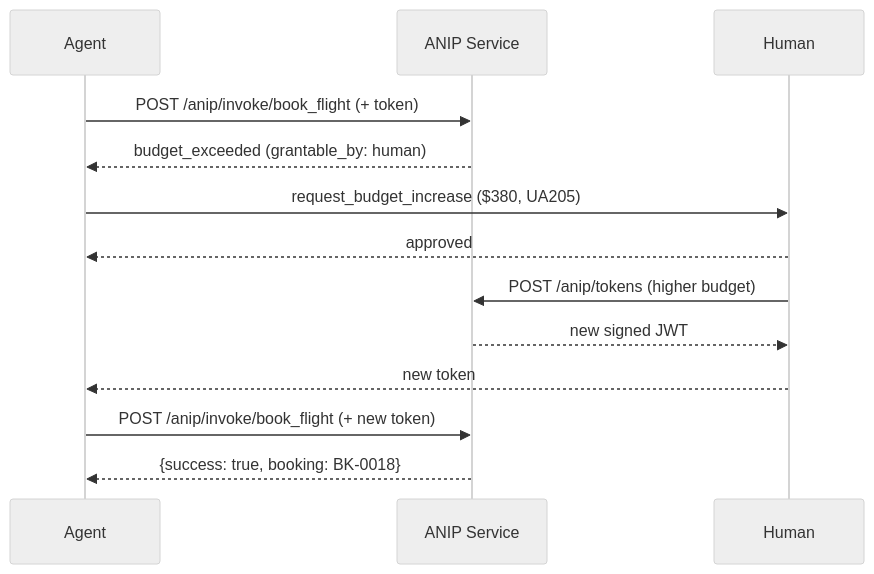
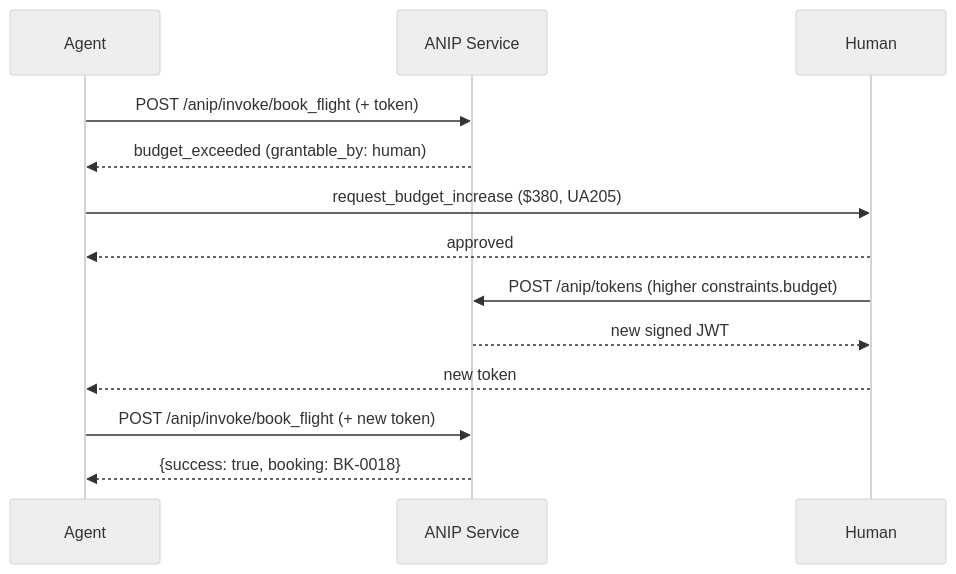
One commit to anip-protocol/anip changed the second of 2 diagrams in README.md. Above: the diagram before and after it, drawn with Mermaid (neutral theme). The commit also changed other lines of this file and 11 other files, not shown here.

````diff
--- a/README.md
+++ b/README.md
@@ -102,20 +102,20 @@
 ```mermaid
 sequenceDiagram
     participant Agent
     participant ANIP as ANIP Service
     participant Human
 
     Agent->>ANIP: POST /anip/invoke/book_flight (+ token)
     ANIP-->>Agent: budget_exceeded (grantable_by: human)
 
     Agent->>Human: request_budget_increase ($380, UA205)
     Human-->>Agent: approved
 
-    Human->>ANIP: POST /anip/tokens (higher budget)
+    Human->>ANIP: POST /anip/tokens (higher constraints.budget)
     ANIP-->>Human: new signed JWT
 
     Human-->>Agent: new token
 
     Agent->>ANIP: POST /anip/invoke/book_flight (+ new token)
     ANIP-->>Agent: {success: true, booking: BK-0018}
 ```
````
